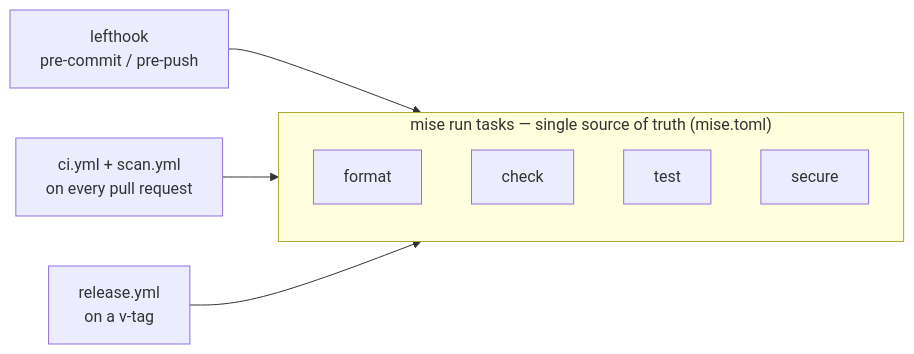
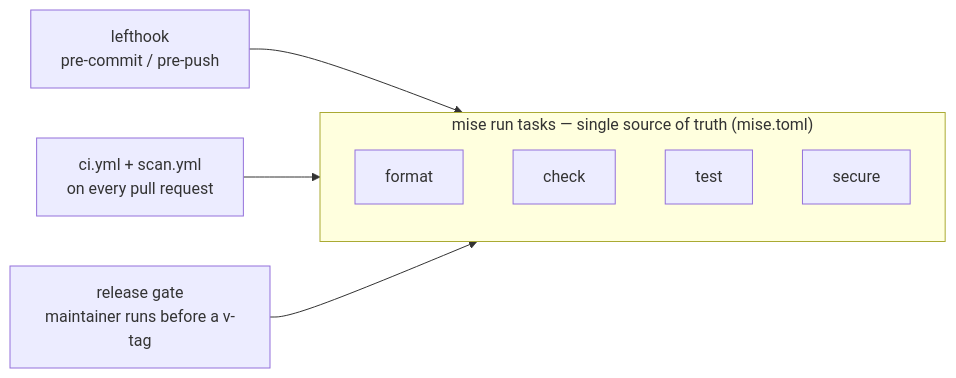
The first of 2 diagrams in docs/8. Community/8.5. Contributions.md (MLOps-Courses/agentops-open-course), drawn with Mermaid before and after one commit. The commit also changed 26 other files, not shown here.

First line of the commit message:
docs(course): fix reference drift and add targeted diagrams and checkpoints

````diff
--- a/docs/8. Community/8.5. Contributions.md
+++ b/docs/8. Community/8.5. Contributions.md
@@ -34,12 +34,12 @@
 ```mermaid
 flowchart LR
     subgraph tasks["mise run tasks — single source of truth (mise.toml)"]
         F["format"]
         C["check"]
         T["test"]
         S["secure"]
     end
     L["lefthook<br/>pre-commit / pre-push"] --> tasks
     P["ci.yml + scan.yml<br/>on every pull request"] --> tasks
-    R["release.yml<br/>on a v-tag"] --> tasks
+    R["release gate<br/>maintainer runs before a v-tag"] --> tasks
 ```
````
